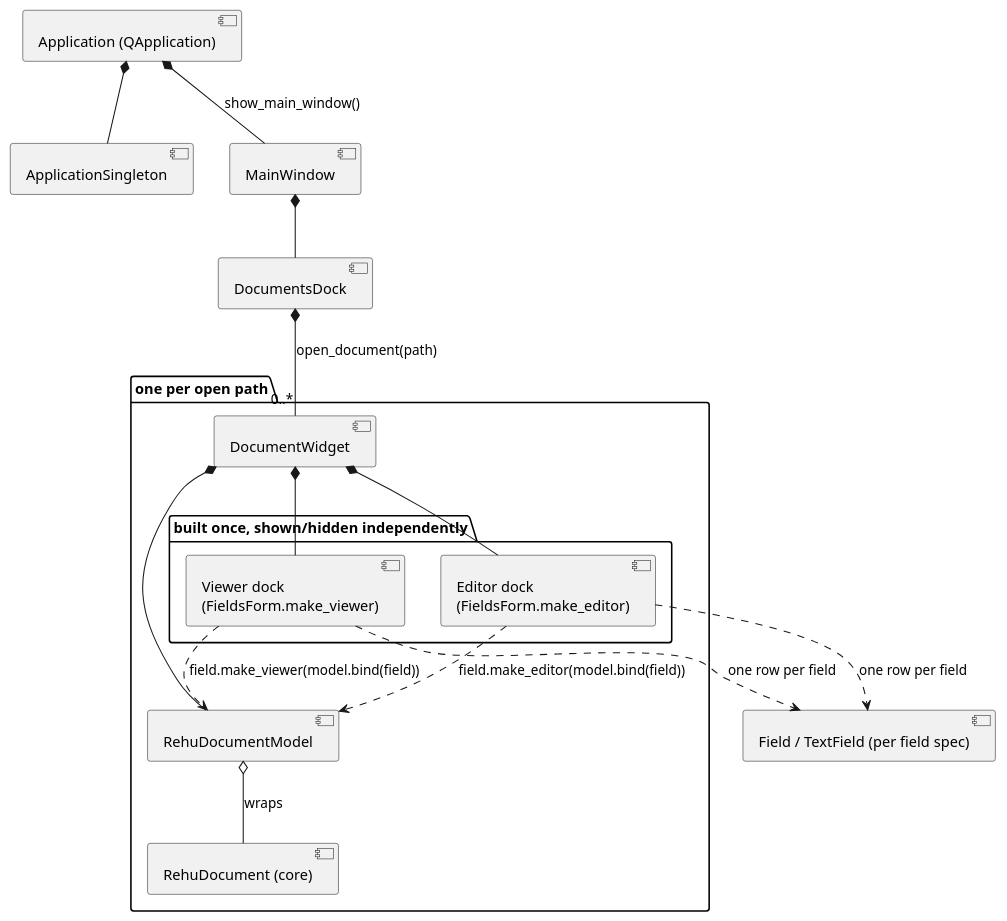
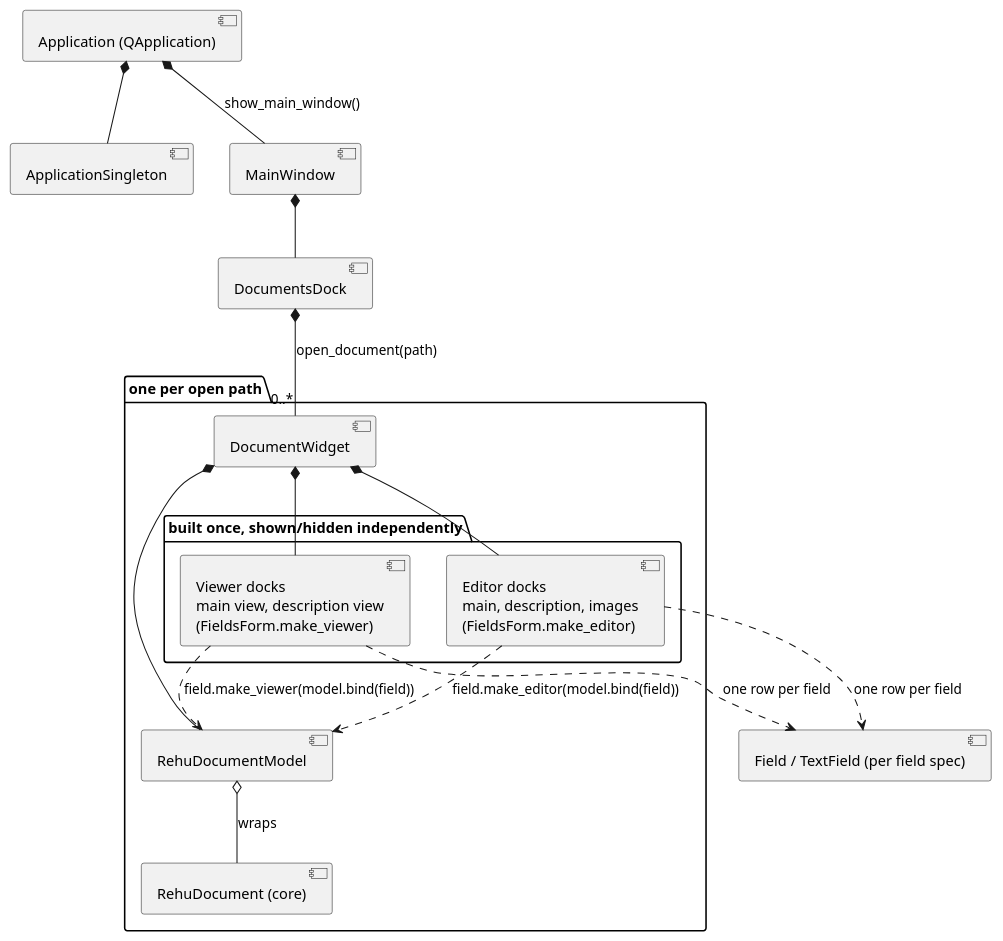
Before and after one commit to borco/rehuco: the diagram in docs/specs/diagrams/component-decomposition.md, drawn with PlantUML. The commit also changed 22 other files, not shown here.

````diff
--- a/docs/specs/diagrams/component-decomposition.md
+++ b/docs/specs/diagrams/component-decomposition.md
@@ -12,34 +12,34 @@
 ```plantuml
 @startuml
 component "Application (QApplication)" as App
 component "ApplicationSingleton" as Singleton
 component "MainWindow" as Win
 component "DocumentsDock" as Dock
 
 package "one per open path" {
   component "DocumentWidget" as DocW
   component "RehuDocumentModel" as Model
   component "RehuDocument (core)" as Core
 
   package "built once, shown/hidden independently" {
-    component "Viewer dock\n(FieldsForm.make_viewer)" as Viewer
-    component "Editor dock\n(FieldsForm.make_editor)" as Editor
+    component "Viewer docks\nmain view, description view\n(FieldsForm.make_viewer)" as Viewer
+    component "Editor docks\nmain, description, images\n(FieldsForm.make_editor)" as Editor
   }
 }
 
 component "Field / TextField (per field spec)" as FieldC
 
 App *-- Singleton
 App *-- Win : show_main_window()
 Win *-- Dock
 Dock *-- "0..*" DocW : open_document(path)
 DocW *-- Model
 DocW *-- Viewer
 DocW *-- Editor
 Model o-- Core : wraps
 Viewer ..> FieldC : one row per field
 Editor ..> FieldC : one row per field
 Viewer ..> Model : field.make_viewer(model.bind(field))
 Editor ..> Model : field.make_editor(model.bind(field))
 @enduml
 ```
````
